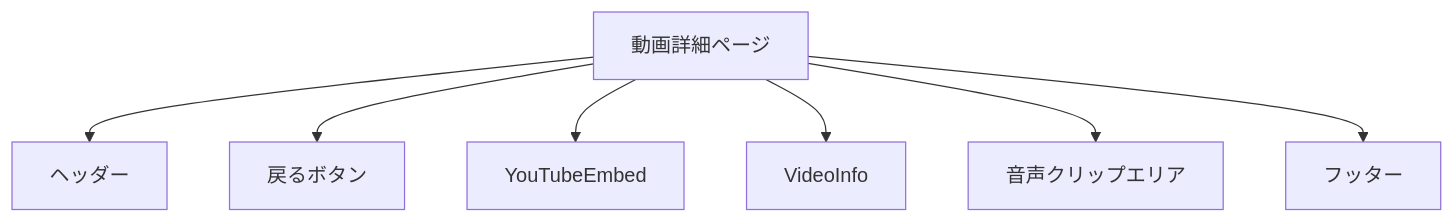
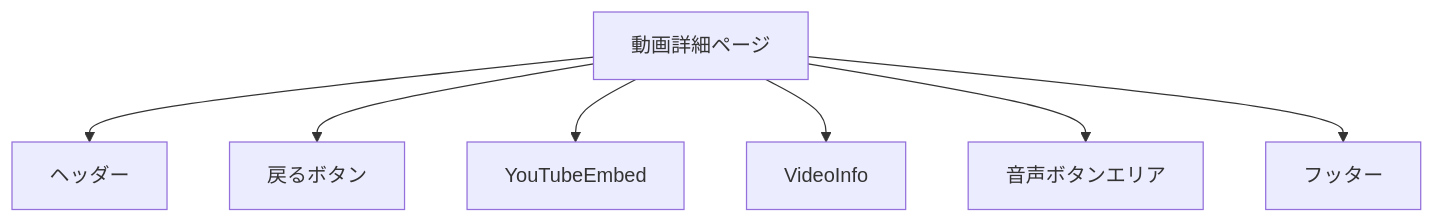
The third of 3 diagrams in docs/VIDEO_PAGE_PLAN.md (nothink-jp/suzumina.click), drawn with Mermaid before and after one commit. The commit also changed other lines of this file and 10 other files, not shown here.

````diff
--- a/docs/VIDEO_PAGE_PLAN.md
+++ b/docs/VIDEO_PAGE_PLAN.md
@@ -103,9 +103,9 @@
 ```mermaid
 graph TD
     A[動画詳細ページ] --> B[ヘッダー]
     A --> C[戻るボタン]
     A --> D[YouTubeEmbed]
     A --> E[VideoInfo]
-    A --> F[音声クリップエリア]
+    A --> F[音声ボタンエリア]
     A --> G[フッター]
 ```
````
